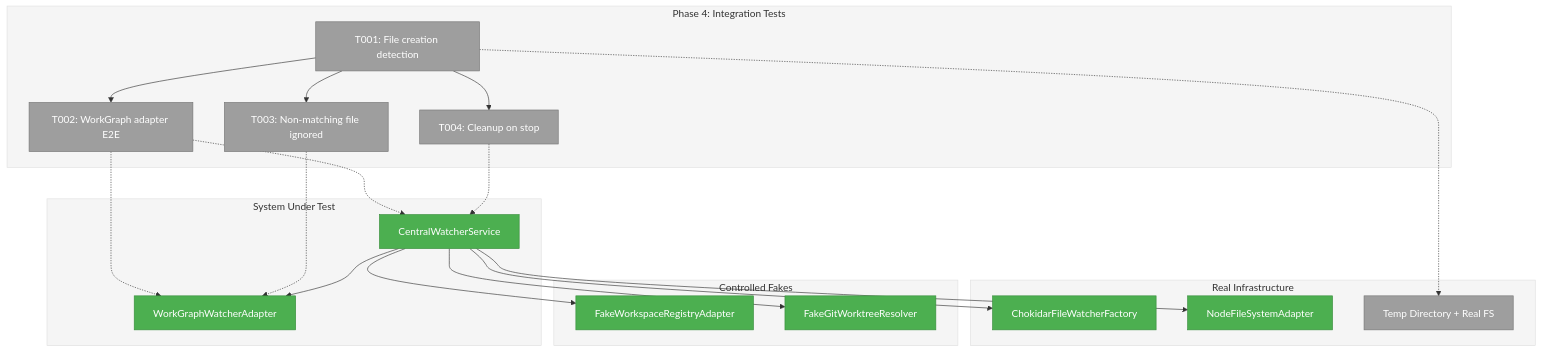
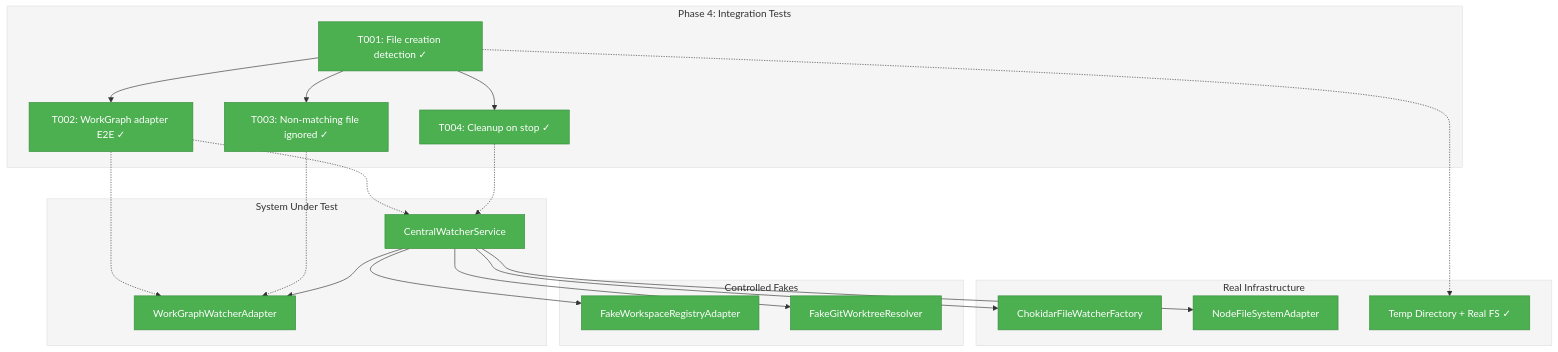
Before and after one commit to AI-Substrate/chainglass: the first of 3 diagrams in docs/plans/023-central-watcher-notifications/tasks/phase-4-integration-tests/tasks.md, drawn with Mermaid. The commit also changed other lines of this file and 3 other files, not shown here.

First line of the commit message:
feat(workflow): integration tests for CentralWatcherService + WorkGraphWatcherAdapter (Plan 023 Phase 4)

````diff
--- a/docs/plans/023-central-watcher-notifications/tasks/phase-4-integration-tests/tasks.md
+++ b/docs/plans/023-central-watcher-notifications/tasks/phase-4-integration-tests/tasks.md
@@ -129,51 +129,51 @@
 ```mermaid
 flowchart TD
     classDef pending fill:#9E9E9E,stroke:#757575,color:#fff
     classDef inprogress fill:#FF9800,stroke:#F57C00,color:#fff
     classDef completed fill:#4CAF50,stroke:#388E3C,color:#fff
     classDef blocked fill:#F44336,stroke:#D32F2F,color:#fff
 
     style Phase fill:#F5F5F5,stroke:#E0E0E0
     style RealInfra fill:#F5F5F5,stroke:#E0E0E0
     style Fakes fill:#F5F5F5,stroke:#E0E0E0
     style SUT fill:#F5F5F5,stroke:#E0E0E0
 
     subgraph Phase["Phase 4: Integration Tests"]
-        T001["T001: File creation detection"]:::pending
-        T002["T002: WorkGraph adapter E2E"]:::pending
-        T003["T003: Non-matching file ignored"]:::pending
-        T004["T004: Cleanup on stop"]:::pending
+        T001["T001: File creation detection ✓"]:::completed
+        T002["T002: WorkGraph adapter E2E ✓"]:::completed
+        T003["T003: Non-matching file ignored ✓"]:::completed
+        T004["T004: Cleanup on stop ✓"]:::completed
 
         T001 --> T002
         T001 --> T003
         T001 --> T004
     end
 
     subgraph SUT["System Under Test"]
         SVC["CentralWatcherService"]:::completed
         WGA["WorkGraphWatcherAdapter"]:::completed
     end
 
     subgraph RealInfra["Real Infrastructure"]
         CHK["ChokidarFileWatcherFactory"]:::completed
         NFS["NodeFileSystemAdapter"]:::completed
-        TMP["Temp Directory + Real FS"]:::pending
+        TMP["Temp Directory + Real FS ✓"]:::completed
     end
 
     subgraph Fakes["Controlled Fakes"]
         FR["FakeWorkspaceRegistryAdapter"]:::completed
         FW["FakeGitWorktreeResolver"]:::completed
     end
 
     T001 -.-> TMP
     T002 -.-> SVC
     T002 -.-> WGA
     T003 -.-> WGA
     T004 -.-> SVC
 
     SVC --> CHK
     SVC --> NFS
     SVC --> FR
     SVC --> FW
     SVC --> WGA
 ```
````
